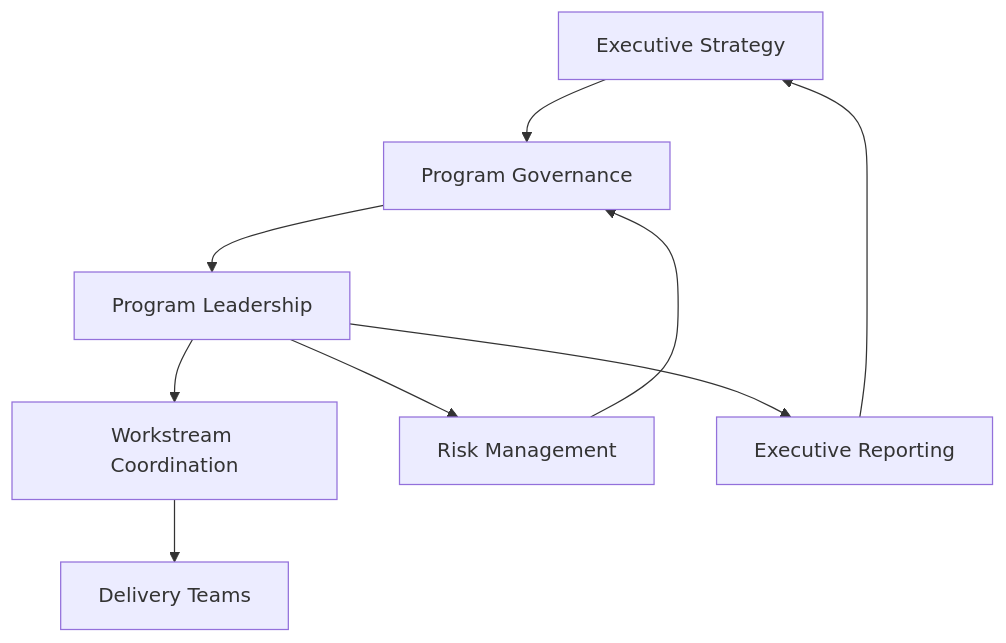
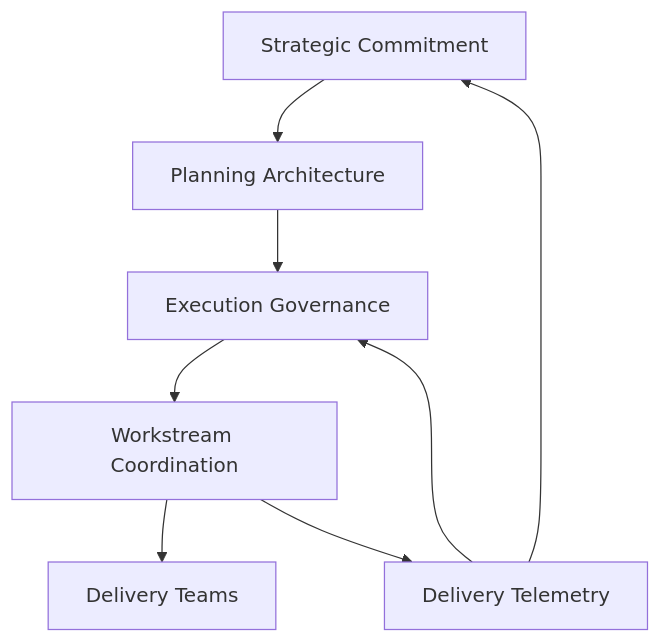
One commit to somerwalker/program-execution-os changed the second of 4 diagrams in README.md. Above: the diagram before and after it, drawn with Mermaid. The commit also changed other lines of this file, not shown here.

````diff
--- a/README.md
+++ b/README.md
@@ -94,17 +104,17 @@
 ```mermaid
 flowchart TD
 
-    A[Executive Strategy] --> B[Program Governance]
+A[Strategic Commitment]
+--> B[Planning Architecture]
 
-    B --> C[Program Leadership]
+B --> C[Execution Governance]
 
-    C --> D[Workstream Coordination]
+C --> D[Workstream Coordination]
 
-    D --> E[Delivery Teams]
+D --> E[Delivery Teams]
 
-    C --> F[Risk Management]
-    C --> G[Executive Reporting]
+D --> F[Delivery Telemetry]
 
-    F --> B
-    G --> A
+F --> C
+F --> A
 ```
````
